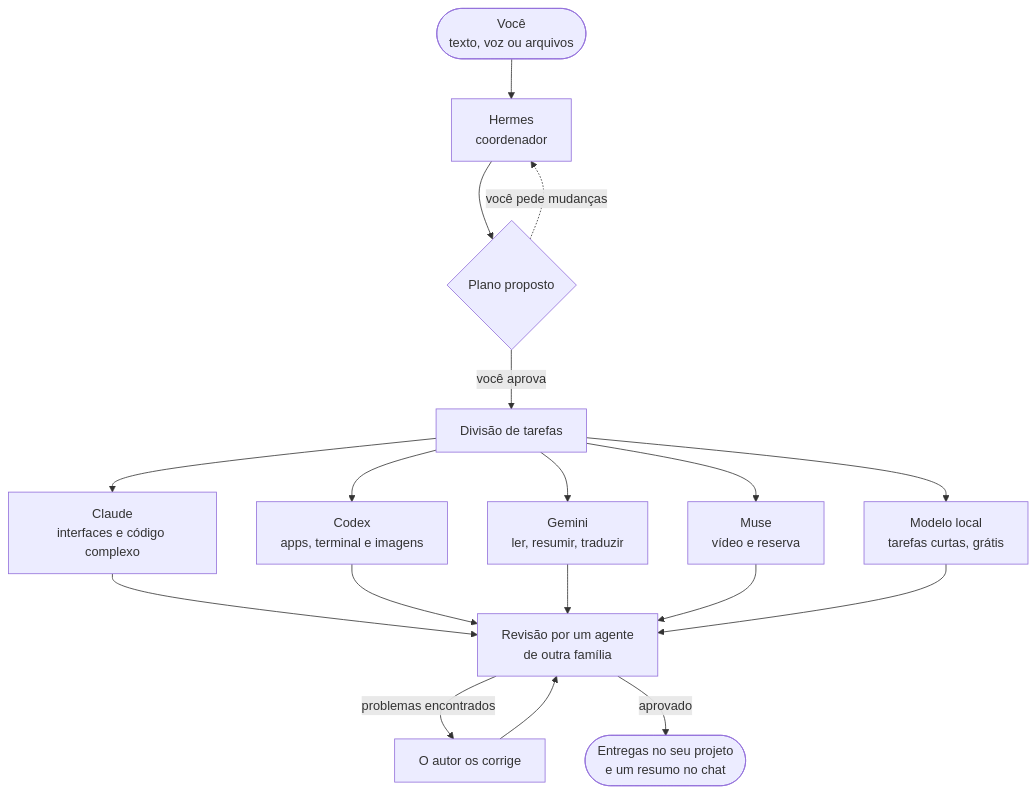
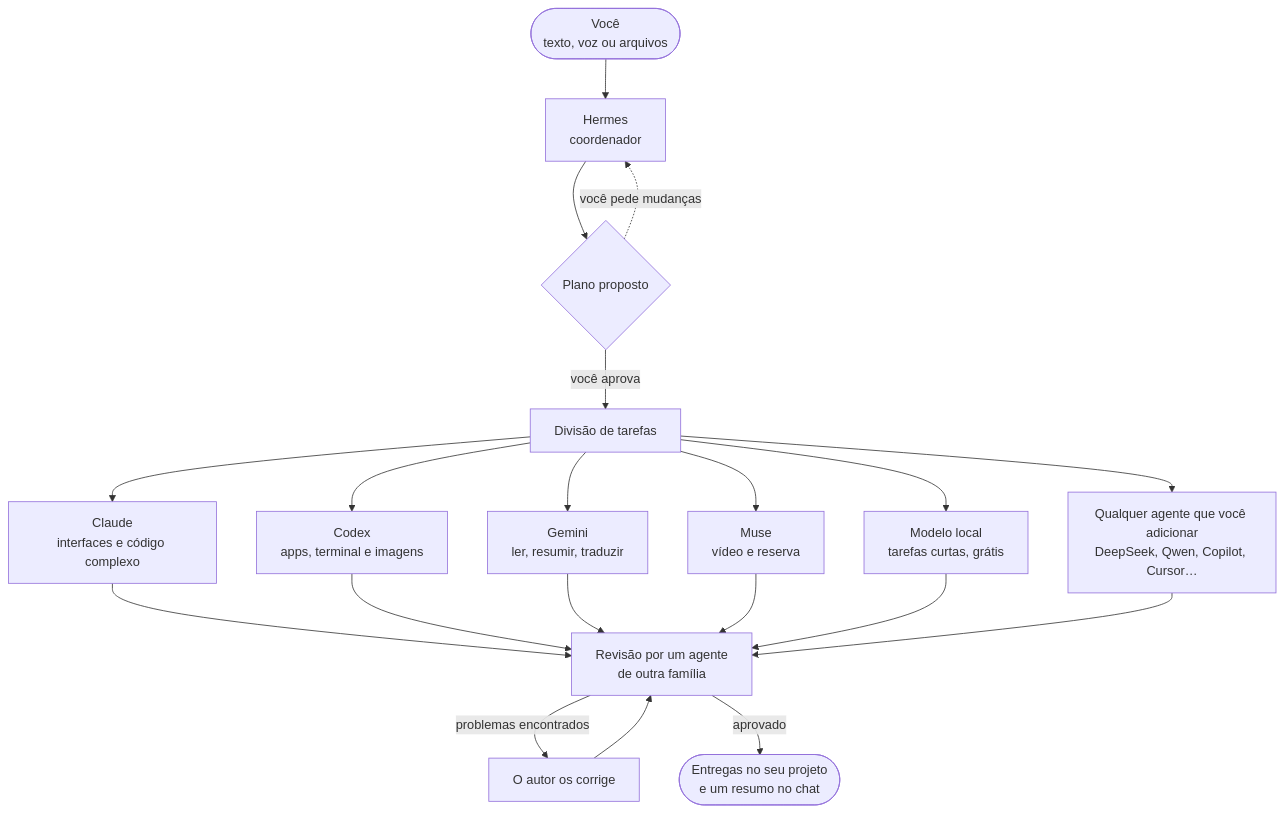
Before and after one commit to Yiku21/kywai: the diagram in README.pt-BR.md, drawn with Mermaid. The commit also changed other lines of this file and 4 other files, not shown here.

````diff
--- a/README.pt-BR.md
+++ b/README.pt-BR.md
@@ -99,16 +110,17 @@
 ```mermaid
 flowchart TD
     T(["Você<br/>texto, voz ou arquivos"]) --> H["Hermes<br/>coordenador"]
     H --> P{"Plano proposto"}
     P -- "você aprova" --> R["Divisão de tarefas"]
     P -. "você pede mudanças" .-> H
     R --> C["Claude<br/>interfaces e código complexo"]
     R --> X["Codex<br/>apps, terminal e imagens"]
     R --> G["Gemini<br/>ler, resumir, traduzir"]
     R --> M["Muse<br/>vídeo e reserva"]
     R --> L["Modelo local<br/>tarefas curtas, grátis"]
-    C & X & G & M & L --> V["Revisão por um agente<br/>de outra família"]
+    R --> A["Qualquer agente que você adicionar<br/>DeepSeek, Qwen, Copilot, Cursor…"]
+    C & X & G & M & L & A --> V["Revisão por um agente<br/>de outra família"]
     V -- "problemas encontrados" --> F["O autor os corrige"]
     F --> V
     V -- "aprovado" --> E(["Entregas no seu projeto<br/>e um resumo no chat"])
 ```
````
